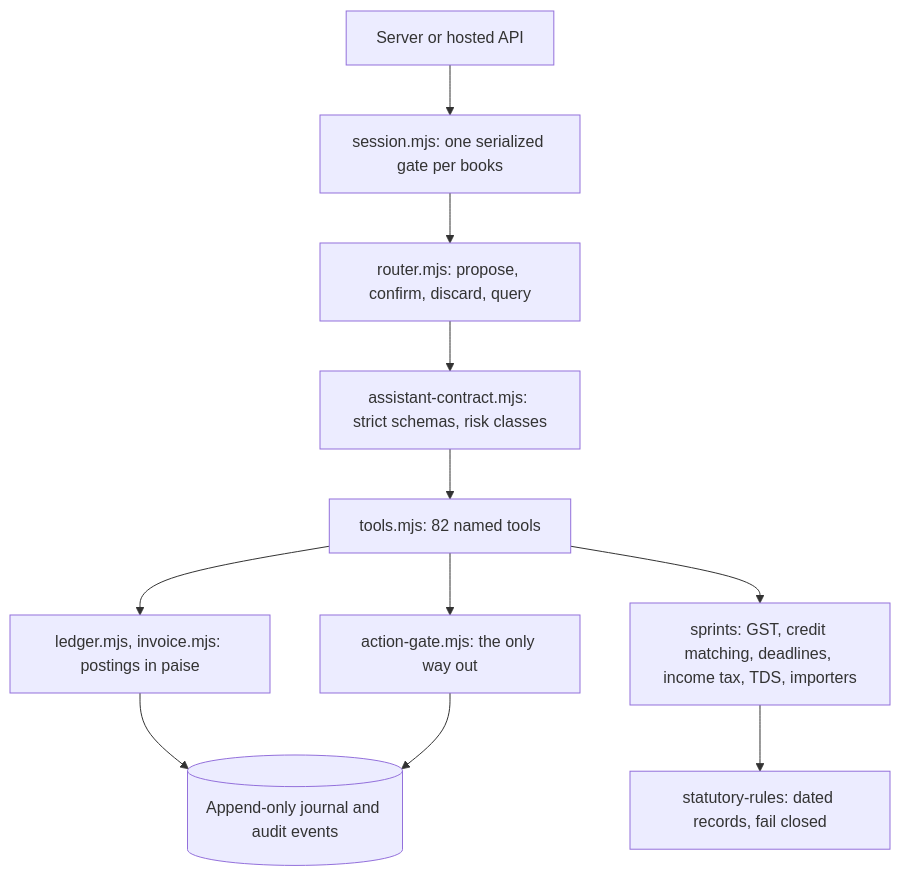
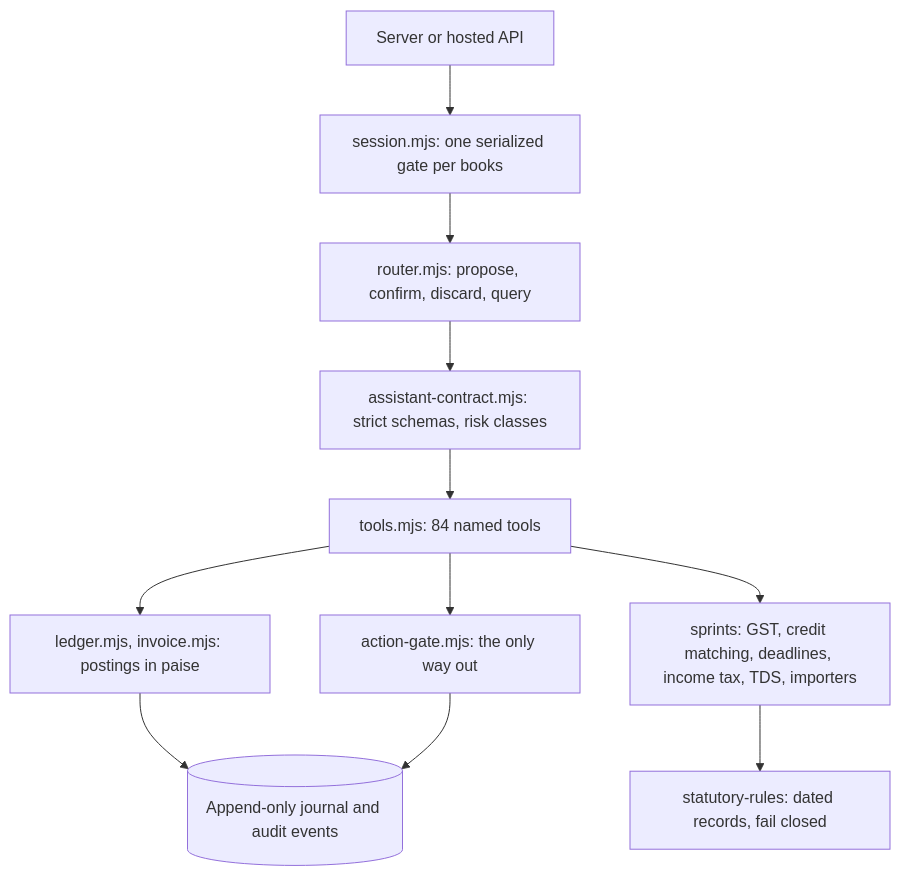
The second of 3 diagrams in docs/architecture/ARCHITECTURE.md (Vidyuthlabstechnologies/myca), drawn with Mermaid before and after one commit. The commit also changed other lines of this file and 17 other files, not shown here.

````diff
--- a/docs/architecture/ARCHITECTURE.md
+++ b/docs/architecture/ARCHITECTURE.md
@@ -56,13 +56,13 @@
 ```mermaid
 flowchart TD
   caller[Server or hosted API] --> session[session.mjs: one serialized gate per books]
   session --> router[router.mjs: propose, confirm, discard, query]
   router --> contract[assistant-contract.mjs: strict schemas, risk classes]
-  contract --> tools[tools.mjs: 82 named tools]
+  contract --> tools[tools.mjs: 84 named tools]
   tools --> ledger[ledger.mjs, invoice.mjs: postings in paise]
   tools --> engines[sprints: GST, credit matching, deadlines, income tax, TDS, importers]
   tools --> gate[action-gate.mjs: the only way out]
   engines --> rules[statutory-rules: dated records, fail closed]
   ledger --> journal[(Append-only journal and audit events)]
   gate --> journal
 ```
````
